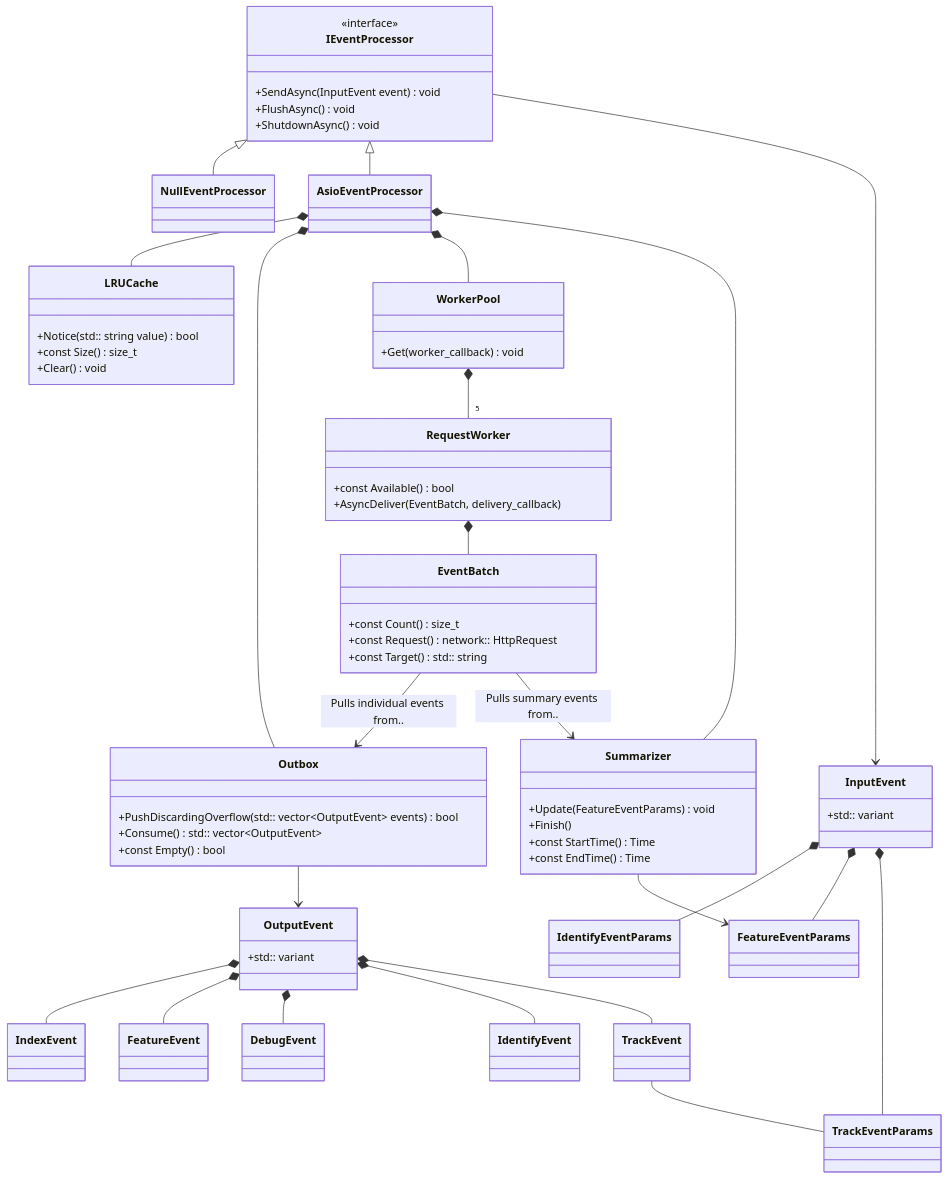
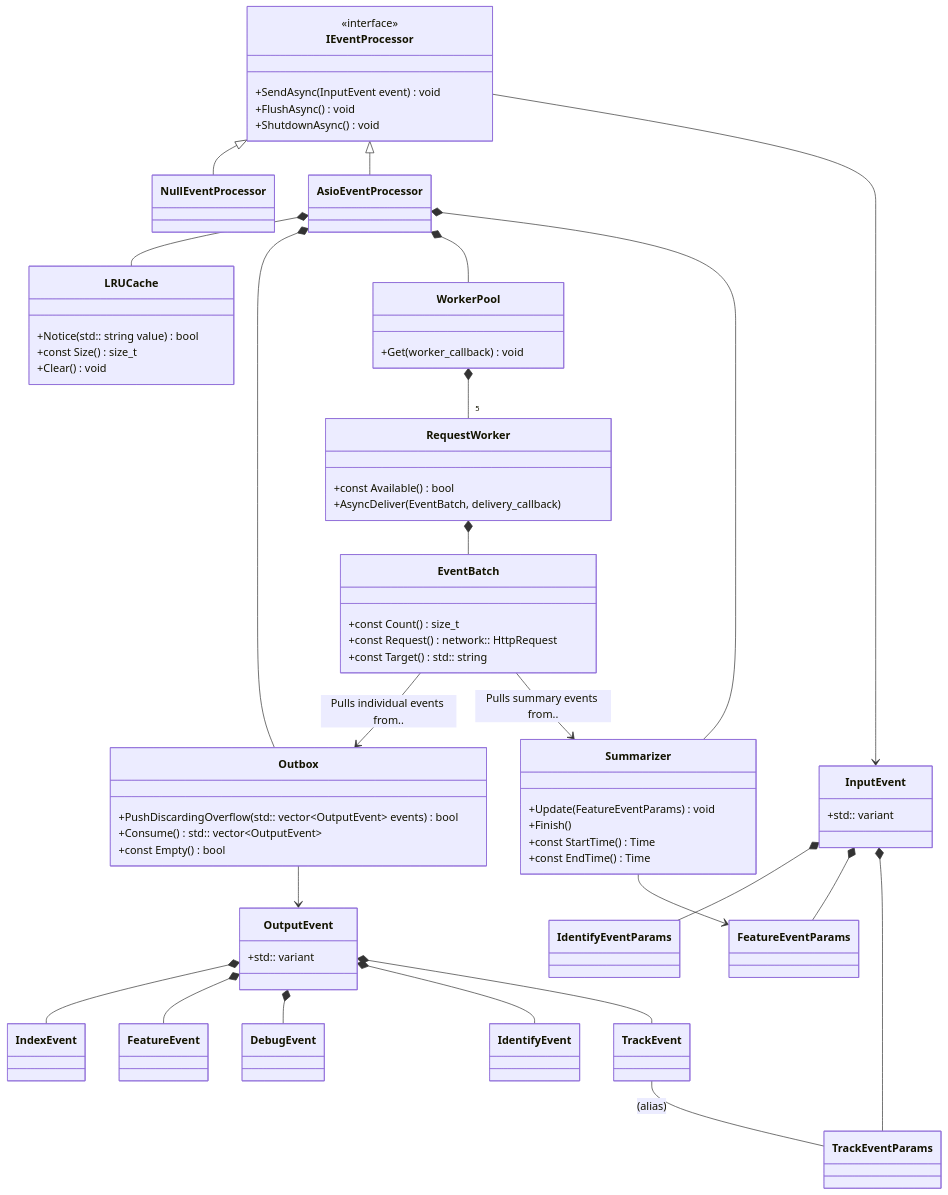
The diagram in architecture/event_processor.md (launchdarkly/cpp-sdks), drawn with Mermaid before and after one commit.

Commit message:
add alias label to TrackEvent

```diff
--- a/architecture/event_processor.md
+++ b/architecture/event_processor.md
@@ -16,7 +16,7 @@
     RequestWorker *-- EventBatch
     WorkerPool *-- "5" RequestWorker
 
-    TrackEvent -- TrackEventParams
+    TrackEvent -- TrackEventParams: (alias)
     InputEvent *-- IdentifyEventParams
     InputEvent *-- FeatureEventParams
     InputEvent *-- TrackEventParams
```
